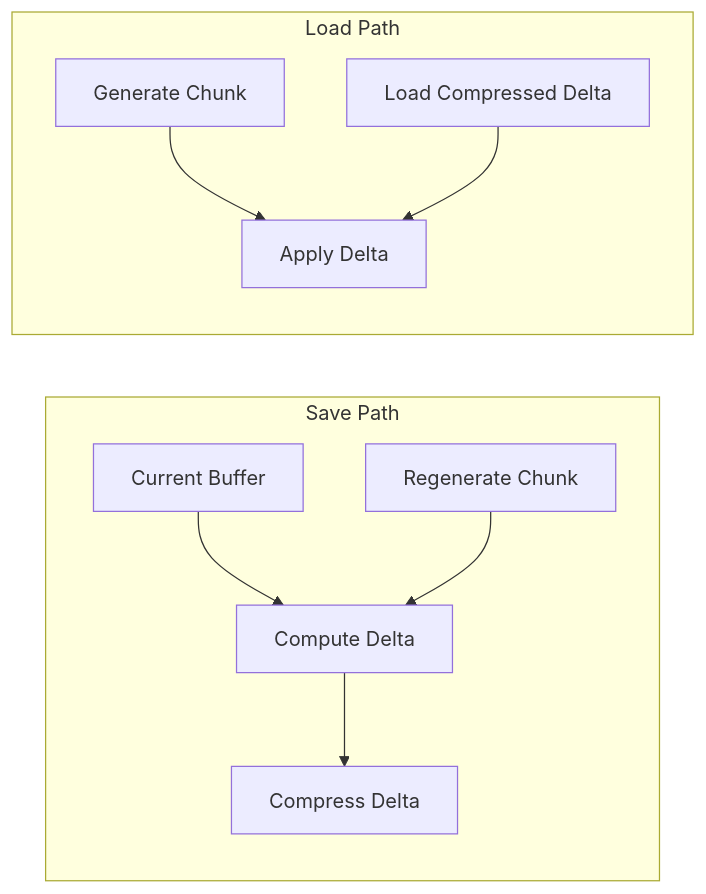
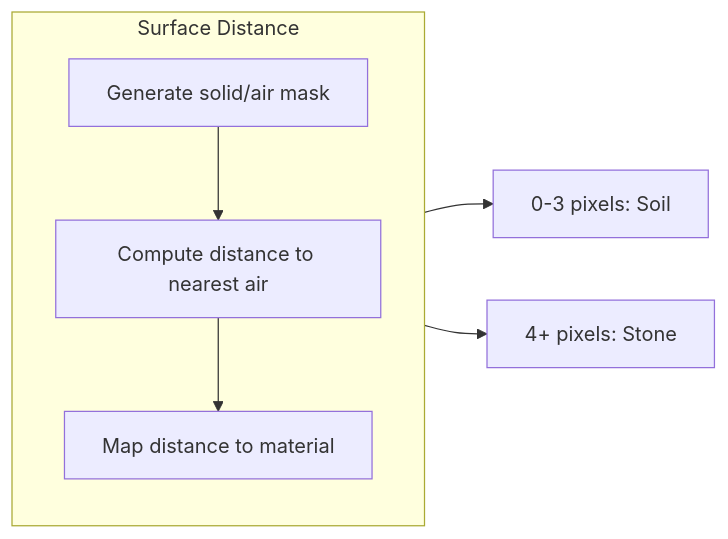
The sixth of 6 diagrams in docs/arhitecture/chunk-seeding.md (api-haus/bevy_pixel_world), drawn with Mermaid before and after one commit. The commit also changed other lines of this file and 22 other files, not shown here.

````diff
--- a/docs/arhitecture/chunk-seeding.md
+++ b/docs/arhitecture/chunk-seeding.md
@@ -165,21 +157,13 @@
 ```mermaid
 flowchart LR
-    subgraph Save["Save Path"]
+    subgraph DistanceColoring["Surface Distance"]
         direction TB
-        Current["Current Buffer"]
-        Regen["Regenerate Chunk"]
-        Diff["Compute Delta"]
-        Current --> Diff
-        Regen --> Diff
-        Diff --> Compress["Compress Delta"]
+        A["Generate solid/air mask"]
+        B["Compute distance to nearest air"]
+        C["Map distance to material"]
+        A --> B --> C
     end
 
-    subgraph Load["Load Path"]
-        direction TB
-        Gen["Generate Chunk"]
-        LoadDelta["Load Compressed Delta"]
-        Apply["Apply Delta"]
-        Gen --> Apply
-        LoadDelta --> Apply
-    end
+    C --> Soil["0-3 pixels: Soil"]
+    C --> Stone["4+ pixels: Stone"]
 ```
````
